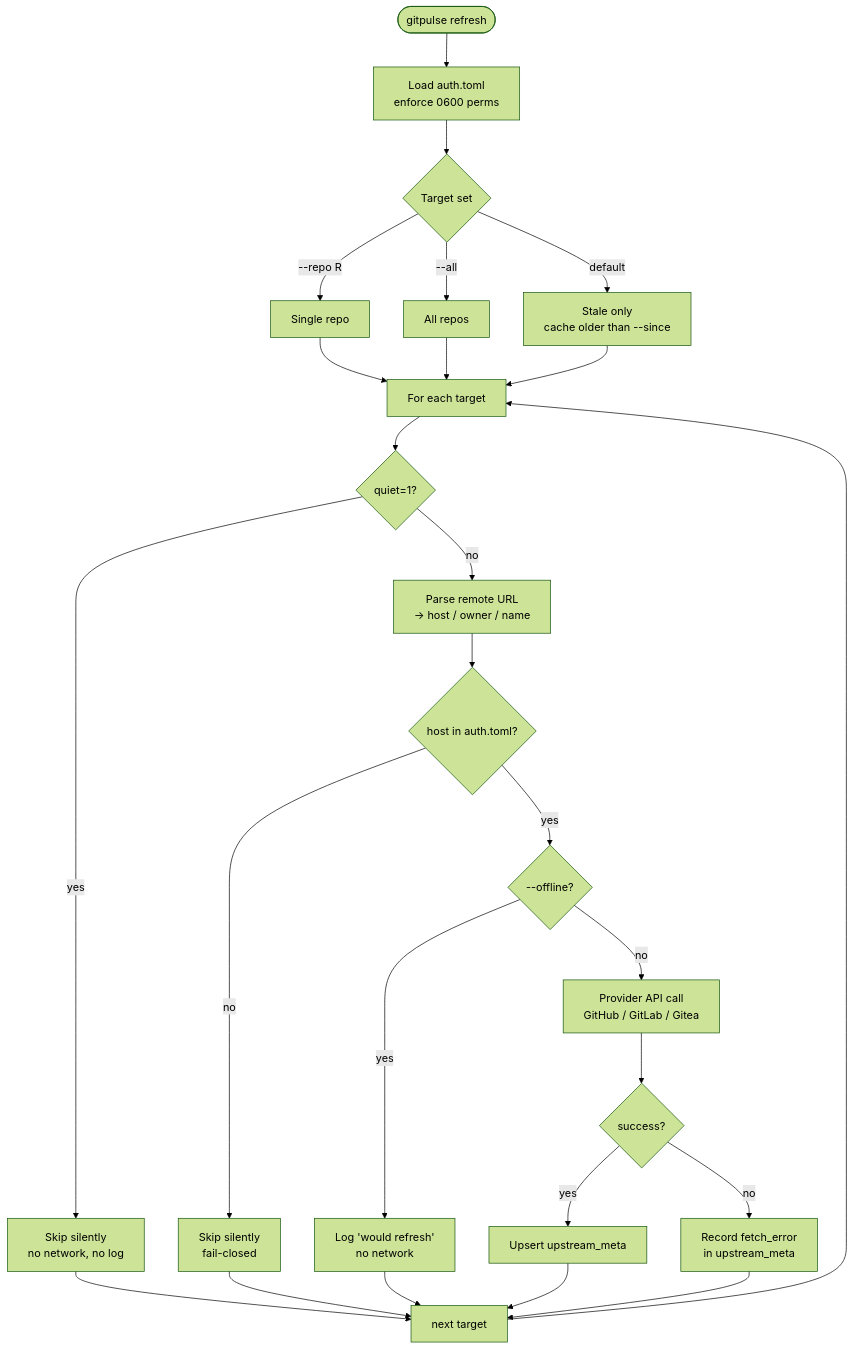
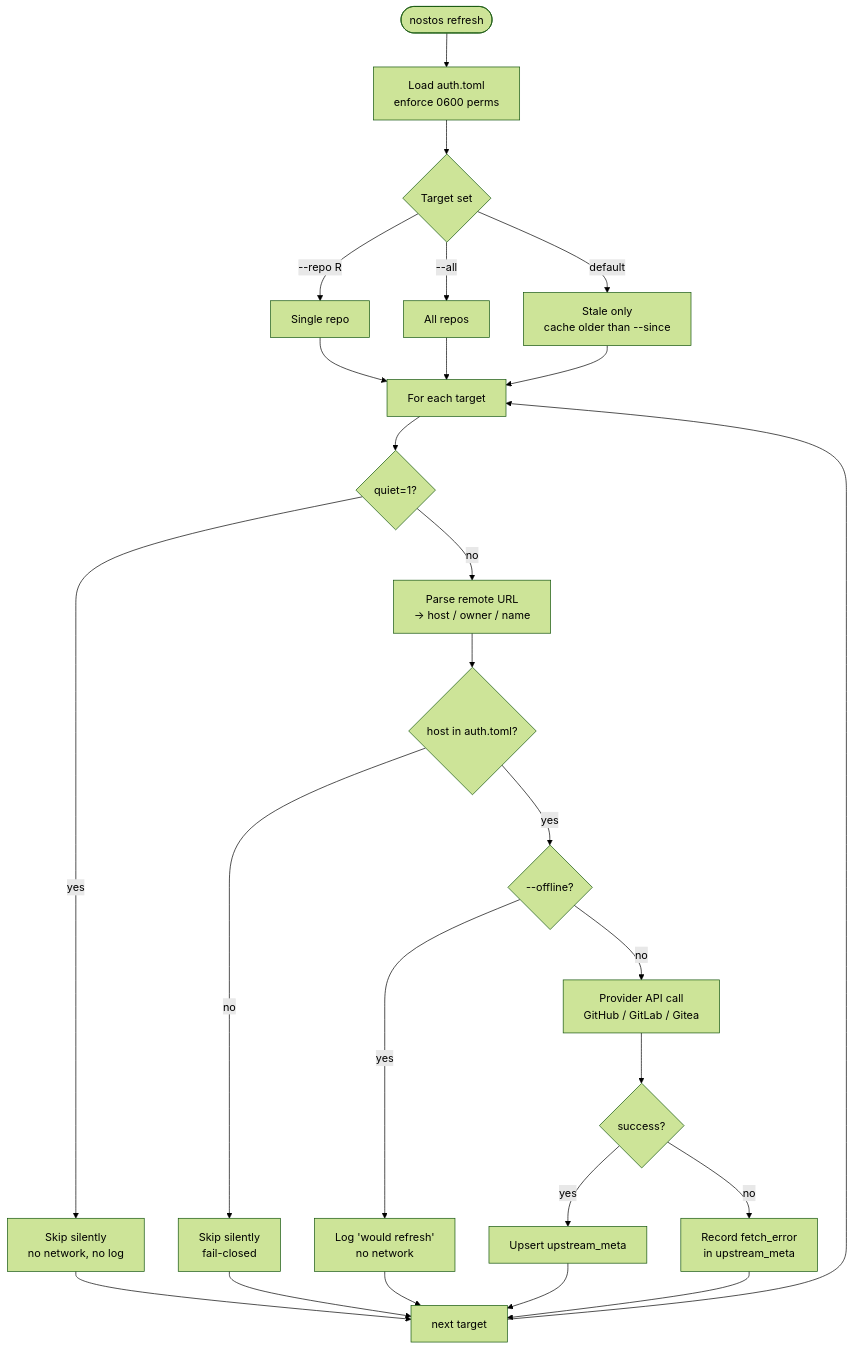
Before and after one commit to prodrom3/gitpulse: the second of 6 diagrams in README.md, drawn with Mermaid (forest theme). The commit also changed other lines of this file and 63 other files, not shown here.

First line of the commit message:
Rename gitpulse -> nostos (v1.0.0)

````diff
--- a/README.md
+++ b/README.md
@@ -534,28 +534,28 @@
 ```mermaid
 flowchart TD
-    start([gitpulse refresh]) --> auth[Load auth.toml<br/>enforce 0600 perms]
+    start([nostos refresh]) --> auth[Load auth.toml<br/>enforce 0600 perms]
     auth --> pick{Target set}
     pick -->|--repo R| one[Single repo]
     pick -->|--all| everyone[All repos]
     pick -->|default| stale[Stale only<br/>cache older than --since]
     one --> loop
     everyone --> loop
     stale --> loop
     loop[For each target] --> q{quiet=1?}
     q -->|yes| skip1[Skip silently<br/>no network, no log]
     q -->|no| parse[Parse remote URL<br/>-> host / owner / name]
     parse --> host{host in auth.toml?}
     host -->|no| skip2[Skip silently<br/>fail-closed]
     host -->|yes| offline{--offline?}
     offline -->|yes| skip3[Log 'would refresh'<br/>no network]
     offline -->|no| probe[Provider API call<br/>GitHub / GitLab / Gitea]
     probe --> ok{success?}
     ok -->|yes| write[Upsert upstream_meta]
     ok -->|no| err[Record fetch_error<br/>in upstream_meta]
     skip1 --> next[next target]
     skip2 --> next
     skip3 --> next
     write --> next
     err --> next
     next --> loop
 ```
````
